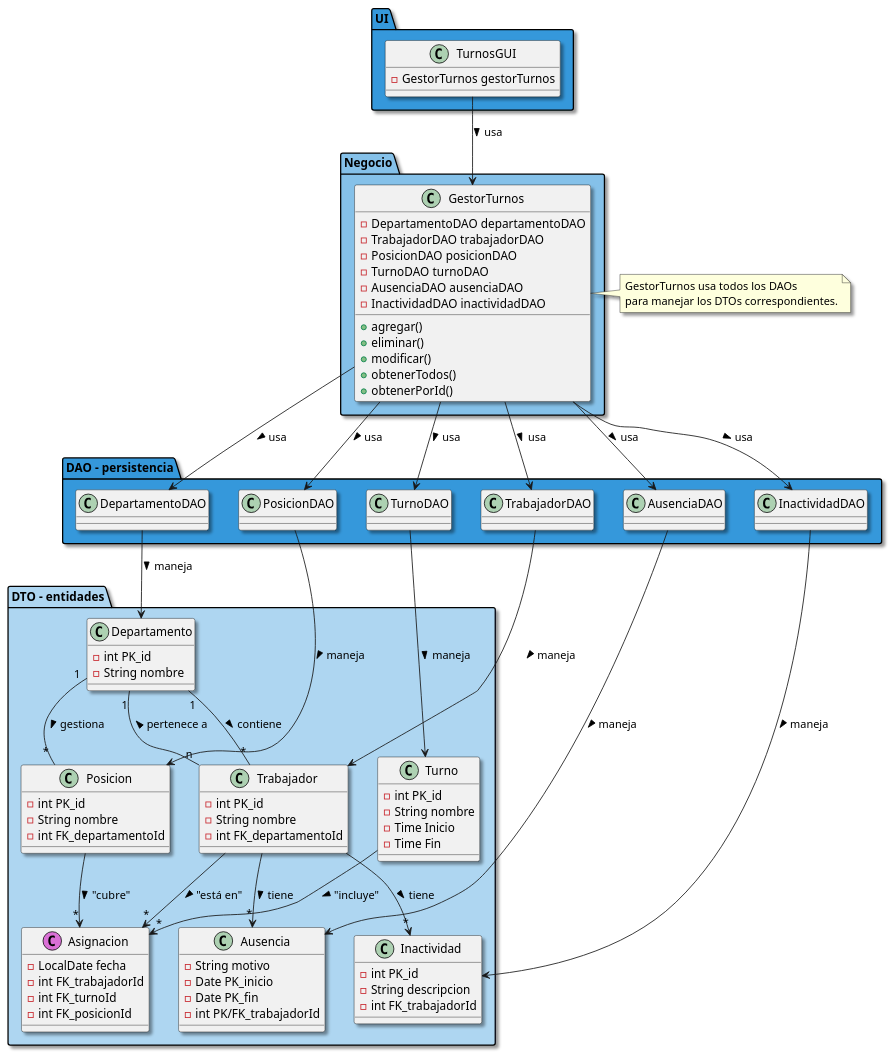
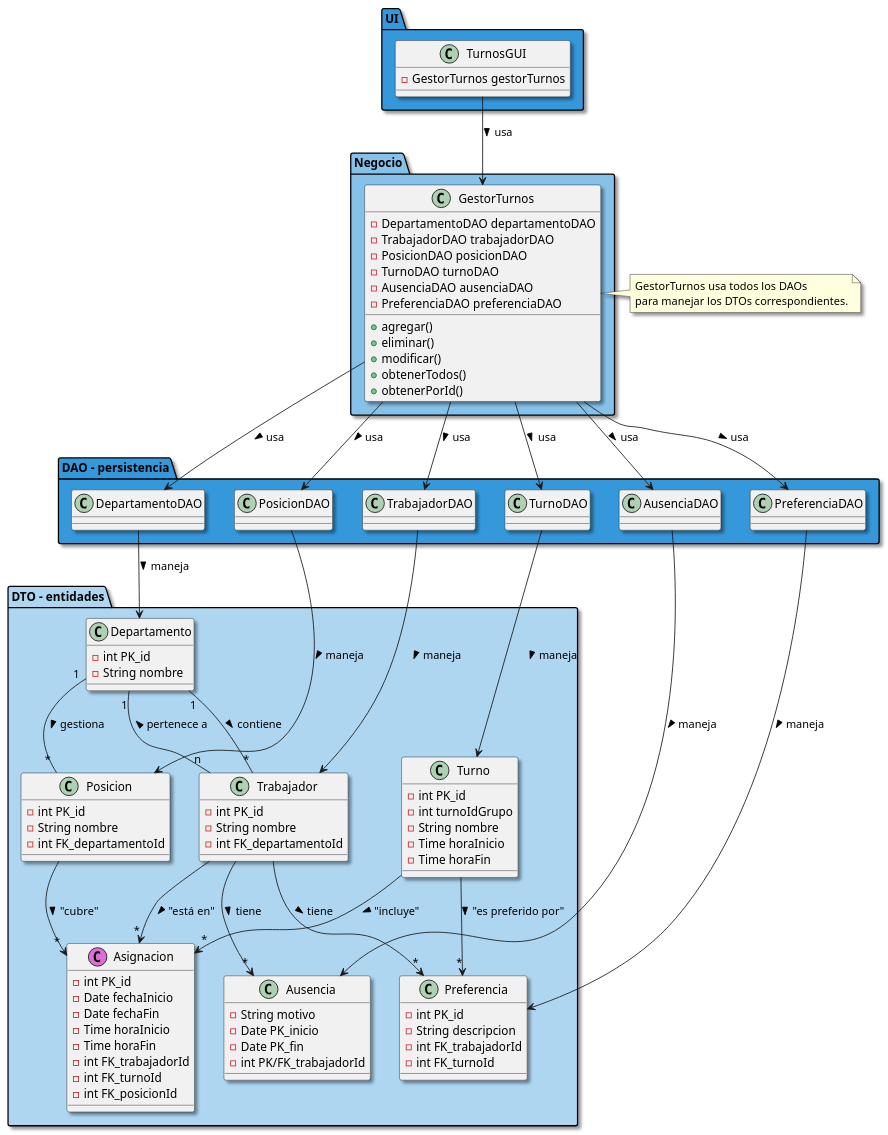
The diagram in DiagramaER.puml (flpmarin/GestorDeTurnos), drawn with PlantUML before and after one commit. The commit also changed 36 other files, not shown here.

Commit message:
funciones asignacionAutomatica en gestorTurnos, actualizacion test_bd, diagrama clases, cambio tablas preferencia y asignacion

```diff
--- a/DiagramaER.puml
+++ b/DiagramaER.puml
@@ -1,113 +1,120 @@
 @startuml turnos
 ' En un diagrama UML, las relaciones entre las clases a menudo se representan con líneas de asociación, por lo que no es necesario duplicar esta información en las listas dentro de las clases.
 package "DTO - entidades" #AED6F1 {
 
 
 
 skinparam shadowing true
     class Departamento {
         - int PK_id
         - String nombre
     }
 
     class Trabajador {
         - int PK_id
         - String nombre
         - int FK_departamentoId
     }
     class Turno {
         - int PK_id
+        - int turnoIdGrupo
         - String nombre
-        - Time Inicio
-        - Time Fin
+        - Time horaInicio
+        - Time horaFin
     }
     class Posicion {
         - int PK_id
         - String nombre
         - int FK_departamentoId
     }
 
     class Ausencia {
         - String motivo
         - Date PK_inicio
         - Date PK_fin
         - int PK/FK_trabajadorId
     }
 
     class Asignacion << (C, Orchid) >>{
-        - LocalDate fecha
+        - int PK_id
+        - Date fechaInicio
+        - Date fechaFin
+        - Time horaInicio
+        - Time horaFin
         - int FK_trabajadorId
         - int FK_turnoId
         - int FK_posicionId
     }
-    class Inactividad {
+    class Preferencia {
         - int PK_id
         - String descripcion
         - int FK_trabajadorId
+        - int FK_turnoId
     }
 
 
 }
 
 package "Negocio" #85C1E9 {
     class GestorTurnos {
         - DepartamentoDAO departamentoDAO
         - TrabajadorDAO trabajadorDAO
         - PosicionDAO posicionDAO
         - TurnoDAO turnoDAO
         - AusenciaDAO ausenciaDAO
-        - InactividadDAO inactividadDAO
+        - PreferenciaDAO preferenciaDAO
         + agregar()
         + eliminar()
         + modificar()
         + obtenerTodos()
         + obtenerPorId()
     }
 }
 
 package "DAO - persistencia" #3498DB {
     class DepartamentoDAO {}
     class TrabajadorDAO {}
     class PosicionDAO {}
     class TurnoDAO {}
     class AusenciaDAO {}
-    class InactividadDAO {}
+    class PreferenciaDAO {}
 }
 
 package "UI" #3498DB {
     class TurnosGUI {
         - GestorTurnos gestorTurnos
     }
 }
 
 Departamento "1" -- "*" Trabajador : contiene >
 Departamento "1" -- "*" Posicion : gestiona >
 Trabajador "n" -- "1" Departamento : pertenece a >
 Trabajador -down-> "*" Ausencia : tiene >
-Trabajador -down-> "*" Inactividad : tiene >
+Trabajador -down-> "*" Preferencia : tiene >
 Trabajador -down-> "*" Asignacion : "está en" >
 Turno -down-> "*" Asignacion : "incluye" >
+Turno -down-> "*" Preferencia : "es preferido por" >
 Posicion -down-> "*" Asignacion : "cubre" >
 
 GestorTurnos -down-> DepartamentoDAO : usa >
 GestorTurnos -down-> TrabajadorDAO : usa >
 GestorTurnos -down-> PosicionDAO : usa >
 GestorTurnos -down-> TurnoDAO : usa >
 GestorTurnos -down-> AusenciaDAO : usa >
-GestorTurnos -down-> InactividadDAO : usa >
+GestorTurnos -down-> PreferenciaDAO : usa >
 
 DepartamentoDAO -down-> Departamento : maneja >
 TrabajadorDAO -down-> Trabajador : maneja >
 PosicionDAO -down-> Posicion : maneja >
 TurnoDAO -down-> Turno : maneja >
 AusenciaDAO -down-> Ausencia : maneja >
-InactividadDAO -down-> Inactividad : maneja >
+PreferenciaDAO -down-> Preferencia : maneja >
 
 TurnosGUI -down-> GestorTurnos : usa >
 
 note right of GestorTurnos
     GestorTurnos usa todos los DAOs
     para manejar los DTOs correspondientes.
 end note
 
 @enduml
```
